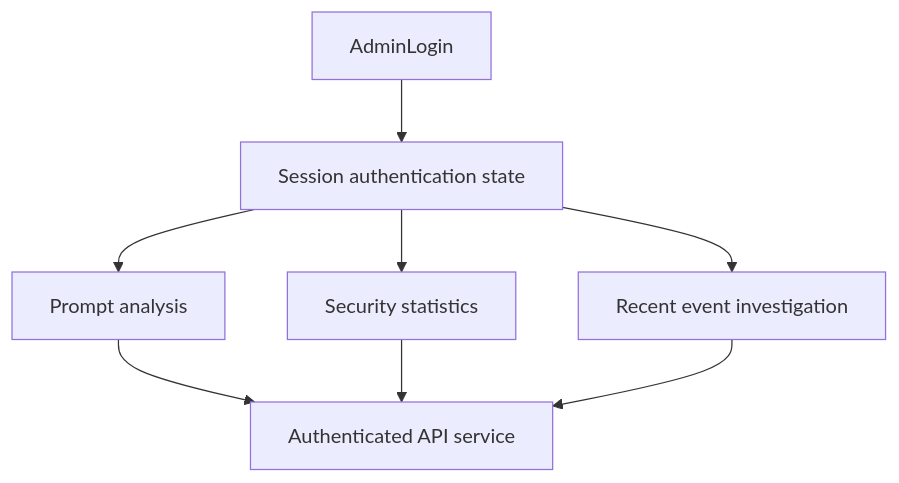
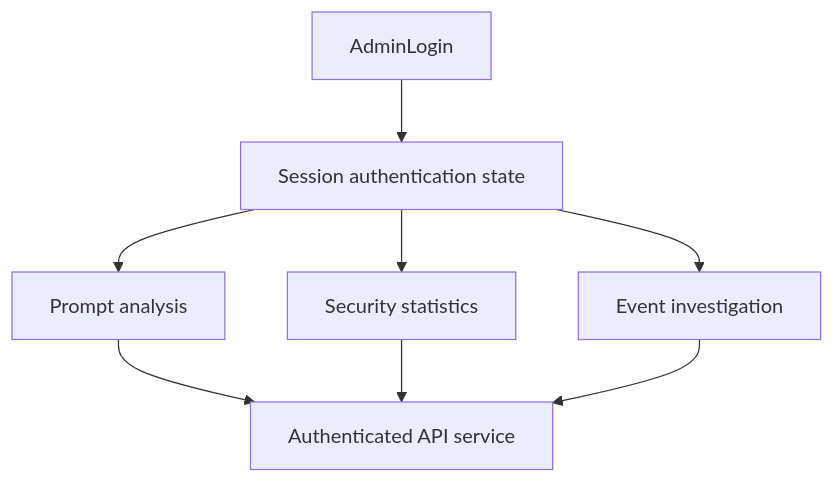
The sixth of 9 diagrams in ARCHITECTURE.md (sreemanbondada-sudo/PromptShield), drawn with Mermaid before and after one commit. The commit also changed other lines of this file and 1 other file, not shown here.

````diff
--- a/ARCHITECTURE.md
+++ b/ARCHITECTURE.md
@@ -220,10 +265,10 @@
 ```mermaid
 flowchart TD
     A[AdminLogin] --> B[Session authentication state]
     B --> C[Prompt analysis]
     B --> D[Security statistics]
-    B --> E[Recent event investigation]
+    B --> E[Event investigation]
     C --> F[Authenticated API service]
     D --> F
     E --> F
 ```
````
